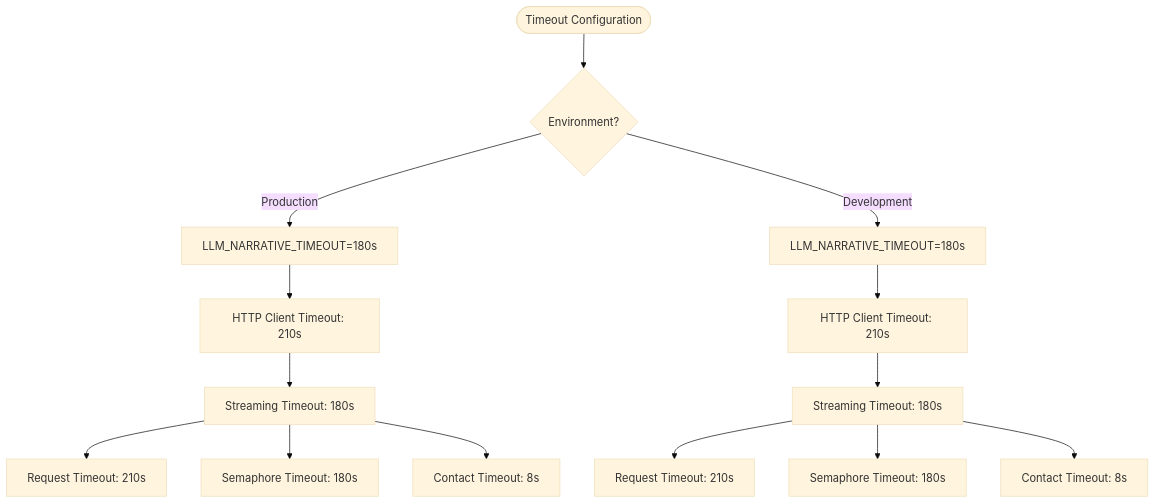
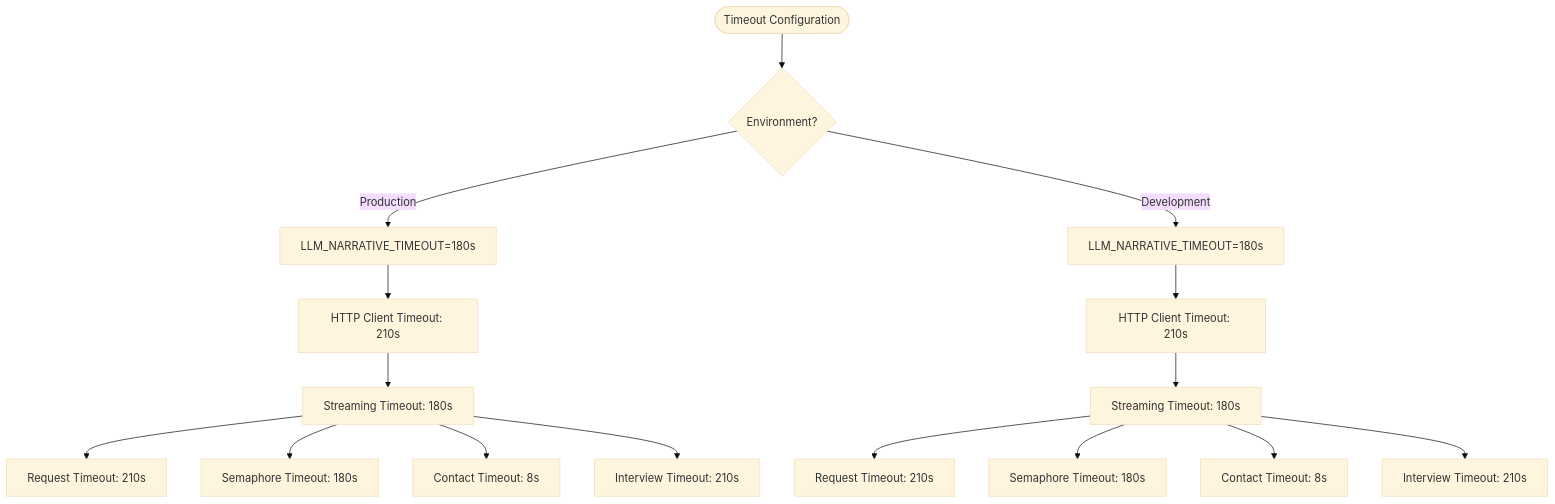
One commit to Revanththetalogics/aireume changed the eighth of 21 diagrams in .qoder/repowiki/en/content/Analysis Engine/LLM Service Integration.md. Above: the diagram before and after it, drawn with Mermaid (base theme). The commit also changed other lines of this file and 7 other files, not shown here.

````diff
--- a/.qoder/repowiki/en/content/Analysis Engine/LLM Service Integration.md
+++ b/.qoder/repowiki/en/content/Analysis Engine/LLM Service Integration.md
@@ -412,16 +525,18 @@
 ```mermaid
 flowchart TD
 Start(["Timeout Configuration"]) --> EnvCheck{"Environment?"}
 EnvCheck --> |Production| ProdTimeout["LLM_NARRATIVE_TIMEOUT=180s"]
 EnvCheck --> |Development| DevTimeout["LLM_NARRATIVE_TIMEOUT=180s"]
 ProdTimeout --> HTTPTimeout["HTTP Client Timeout: 210s"]
 DevTimeout --> HTTPTimeout2["HTTP Client Timeout: 210s"]
 HTTPTimeout --> StreamTimeout["Streaming Timeout: 180s"]
 HTTPTimeout2 --> StreamTimeout2["Streaming Timeout: 180s"]
 StreamTimeout --> RequestTimeout["Request Timeout: 210s"]
 StreamTimeout2 --> RequestTimeout2["Request Timeout: 210s"]
 StreamTimeout --> SemaphoreTimeout["Semaphore Timeout: 180s"]
 StreamTimeout2 --> SemaphoreTimeout2["Semaphore Timeout: 180s"]
 StreamTimeout --> ContactTimeout["Contact Timeout: 8s"]
 StreamTimeout2 --> ContactTimeout2["Contact Timeout: 8s"]
+StreamTimeout --> InterviewTimeout["Interview Timeout: 210s"]
+StreamTimeout2 --> InterviewTimeout2["Interview Timeout: 210s"]
 ```
````
